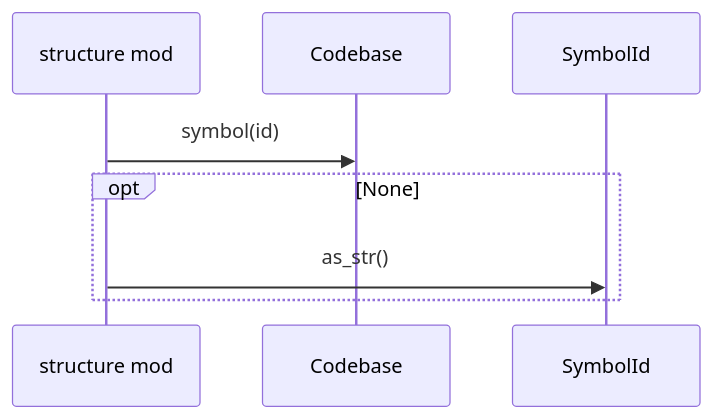
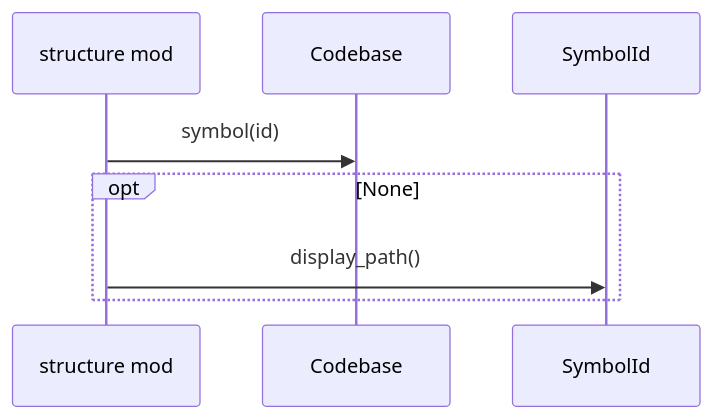
Before and after one commit to DreamLab-AI/codemaid: the third of 4 diagrams in docs/sealmap/crates/sealmap-corpus/src/structure.rs.md, drawn with Mermaid. The commit also changed other lines of this file and 45 other files, not shown here.

First line of the commit message:
docs: regenerate the self-corpus for sym: ids and schema v2

````diff
--- a/docs/sealmap/crates/sealmap-corpus/src/structure.rs.md
+++ b/docs/sealmap/crates/sealmap-corpus/src/structure.rs.md
@@ -167,10 +169,10 @@
 ```mermaid
 sequenceDiagram
   participant sealmap_corpus__structure as structure mod
-  participant sealmap_model__codebase__Codebase as Codebase
-  participant sealmap_model__symbol__SymbolId as SymbolId
-  sealmap_corpus__structure->>sealmap_model__codebase__Codebase: symbol(id)
+  participant sealmap_model__codebase___tCodebase as Codebase
+  participant sealmap_model__sym___tSymbolId as SymbolId
+  sealmap_corpus__structure->>sealmap_model__codebase___tCodebase: symbol(id)
   opt None
-    sealmap_corpus__structure->>sealmap_model__symbol__SymbolId: as_str()
+    sealmap_corpus__structure->>sealmap_model__sym___tSymbolId: display_path()
   end
 ```
````
